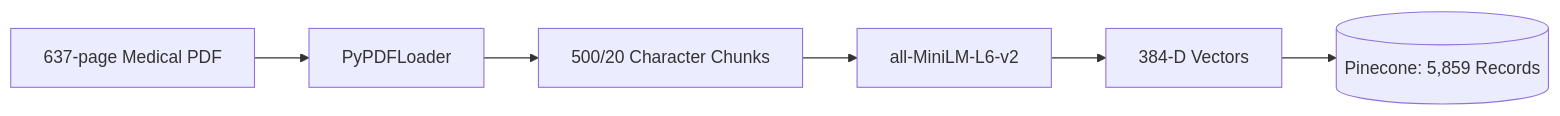
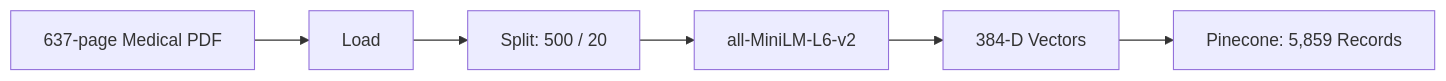
Before and after one commit to ACM40960/projects-saurabh-azim: the second of 3 diagrams in README.md, drawn with Mermaid. The commit also changed other lines of this file, not shown here.

````diff
--- a/README.md
+++ b/README.md
@@ -148,8 +185,8 @@
 ```mermaid
 flowchart LR
-    A[637-page Medical PDF] --> B[PyPDFLoader]
-    B --> C[500/20 Character Chunks]
-    C --> D[all-MiniLM-L6-v2]
-    D --> E[384-D Vectors]
-    E --> F[(Pinecone: 5,859 Records)]
+    A["637-page Medical PDF"] --> B["Load"]
+    B --> C["Split: 500 / 20"]
+    C --> D["all-MiniLM-L6-v2"]
+    D --> E["384-D Vectors"]
+    E --> F["Pinecone: 5,859 Records"]
 ```
````
